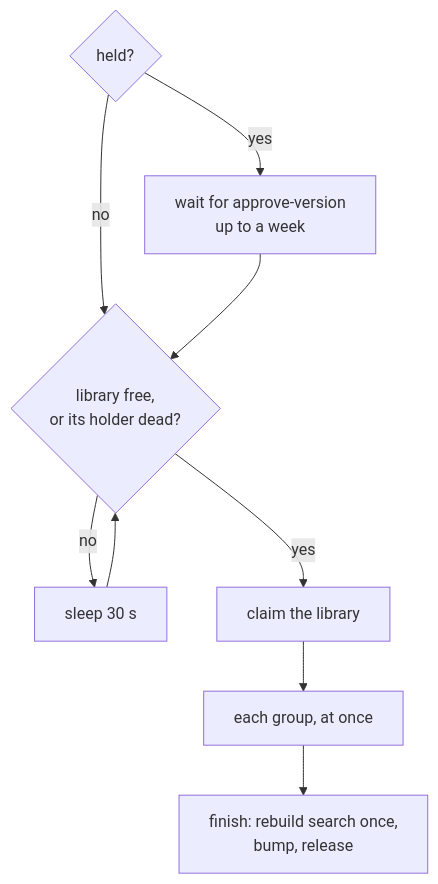
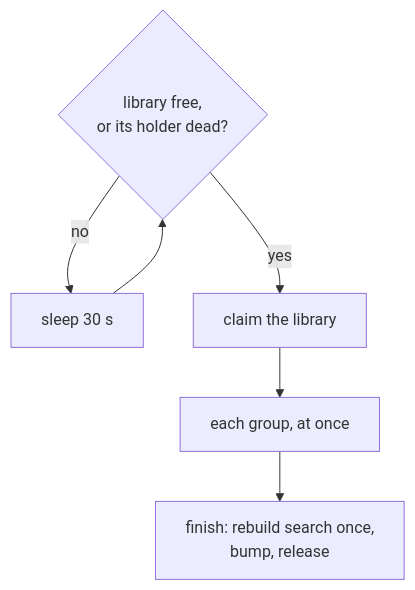
The diagram in docs/architecture/loading.md (frcdesign/FRCDesignApp), drawn with Mermaid before and after one commit. The commit also changed other lines of this file and 30 other files, not shown here.

First line of the commit message:
Hold a webhook's new version as a mark on its groups

````diff
--- a/docs/architecture/loading.md
+++ b/docs/architecture/loading.md
@@ -80,10 +86,8 @@
 ```mermaid
 flowchart TD
-    A{held?} -- yes --> B[wait for approve-version<br/>up to a week]
-    A -- no --> C
-    B --> C{library free,<br/>or its holder dead?}
+    C{library free,<br/>or its holder dead?}
     C -- no --> D[sleep 30 s] --> C
     C -- yes --> E[claim the library]
     E --> F[each group, at once]
     F --> G[finish: rebuild search once,<br/>bump, release]
 ```
````
